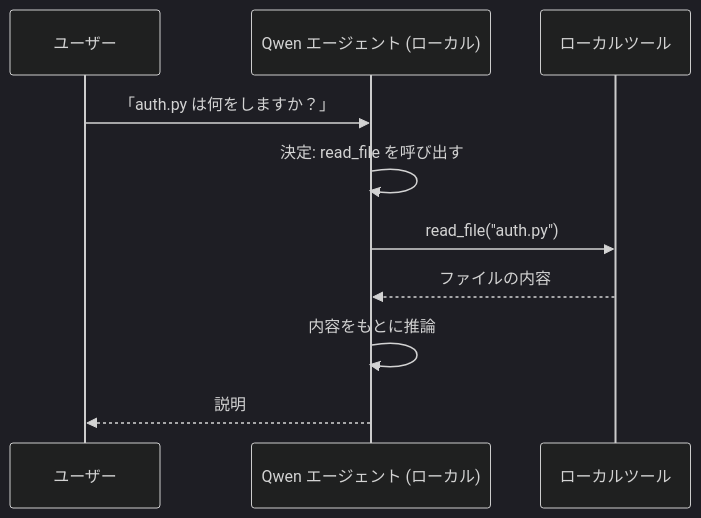
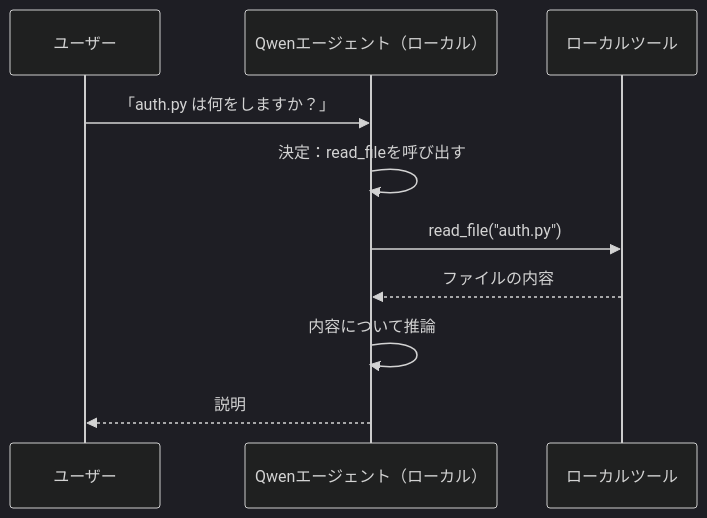
One commit to microsoft/ai-agents-for-beginners changed the second of 4 diagrams in translations/ja/17-creating-local-ai-agents/README.md. Above: the diagram before and after it, drawn with Mermaid (dark theme). The commit also changed other lines of this file and 46 other files, not shown here.

````diff
--- a/translations/ja/17-creating-local-ai-agents/README.md
+++ b/translations/ja/17-creating-local-ai-agents/README.md
@@ -106,12 +106,12 @@
 ```mermaid
 sequenceDiagram
     participant U as ユーザー
-    participant A as Qwen エージェント (ローカル)
+    participant A as Qwenエージェント（ローカル）
     participant T as ローカルツール
     U->>A: 「auth.py は何をしますか？」
-    A->>A: 決定: read_file を呼び出す
+    A->>A: 決定：read_fileを呼び出す
     A->>T: read_file("auth.py")
     T-->>A: ファイルの内容
-    A->>A: 内容をもとに推論
+    A->>A: 内容について推論
     A-->>U: 説明
 ```
````
